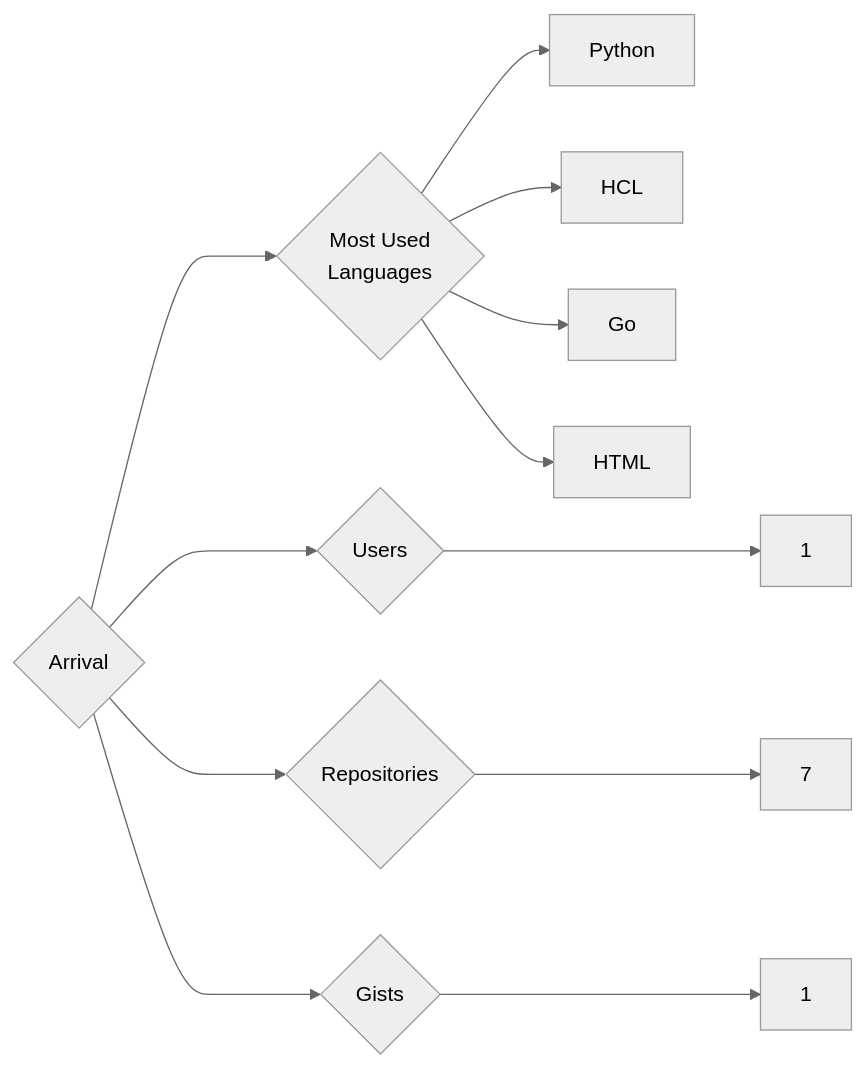
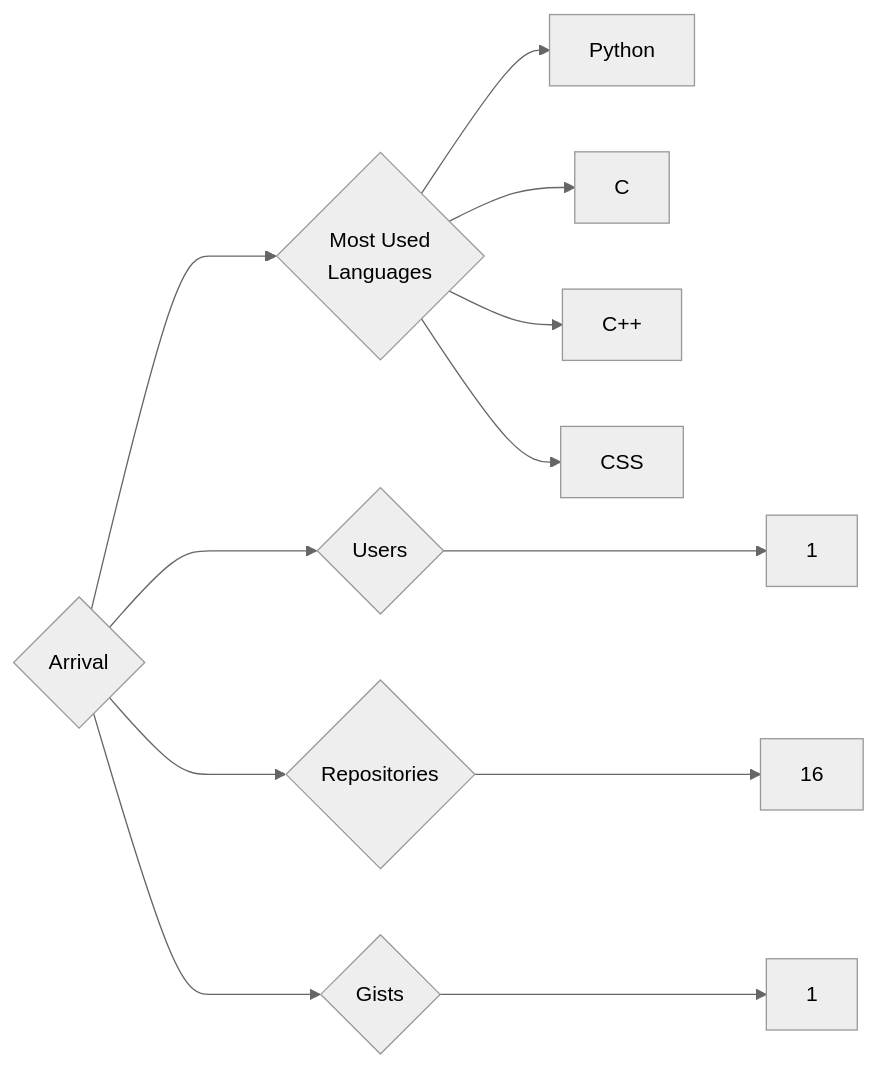
One commit to trickest/insiders changed the diagram in targets/Arrival/README.md. Above: the diagram before and after it, drawn with Mermaid (neutral theme). The commit also changed 860 other files, not shown here.

````diff
--- a/targets/Arrival/README.md
+++ b/targets/Arrival/README.md
@@ -3,12 +3,12 @@
 ```mermaid
 graph LR
 COMPANY_NAME{Arrival}
 COMPANY_NAME ---> U{Users} ---> UN[1]
-COMPANY_NAME ---> R{Repositories} ---> RN[7]
+COMPANY_NAME ---> R{Repositories} ---> RN[16]
 COMPANY_NAME ---> G{Gists} ---> GN[1]
 COMPANY_NAME ---> ML{Most Used<br>Languages}
 ML --> Python[Python]
-ML --> HCL[HCL]
-ML --> Go[Go]
-ML --> HTML[HTML]
+ML --> C[C]
+ML --> C++[C++]
+ML --> CSS[CSS]
 ```
````
